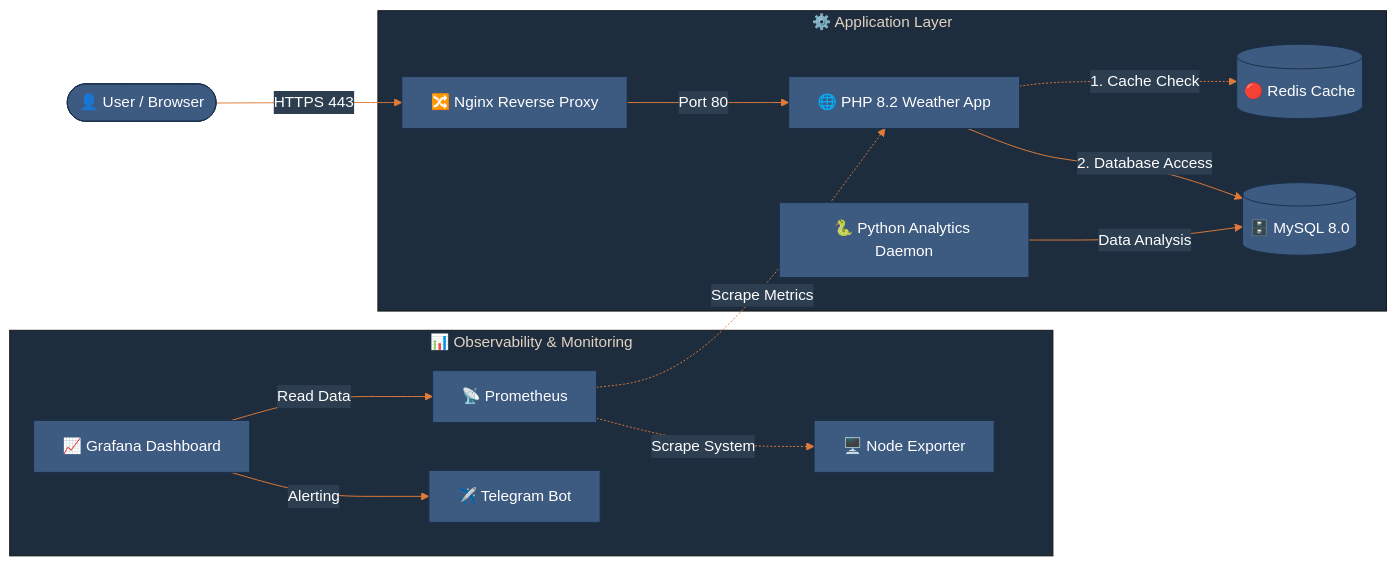
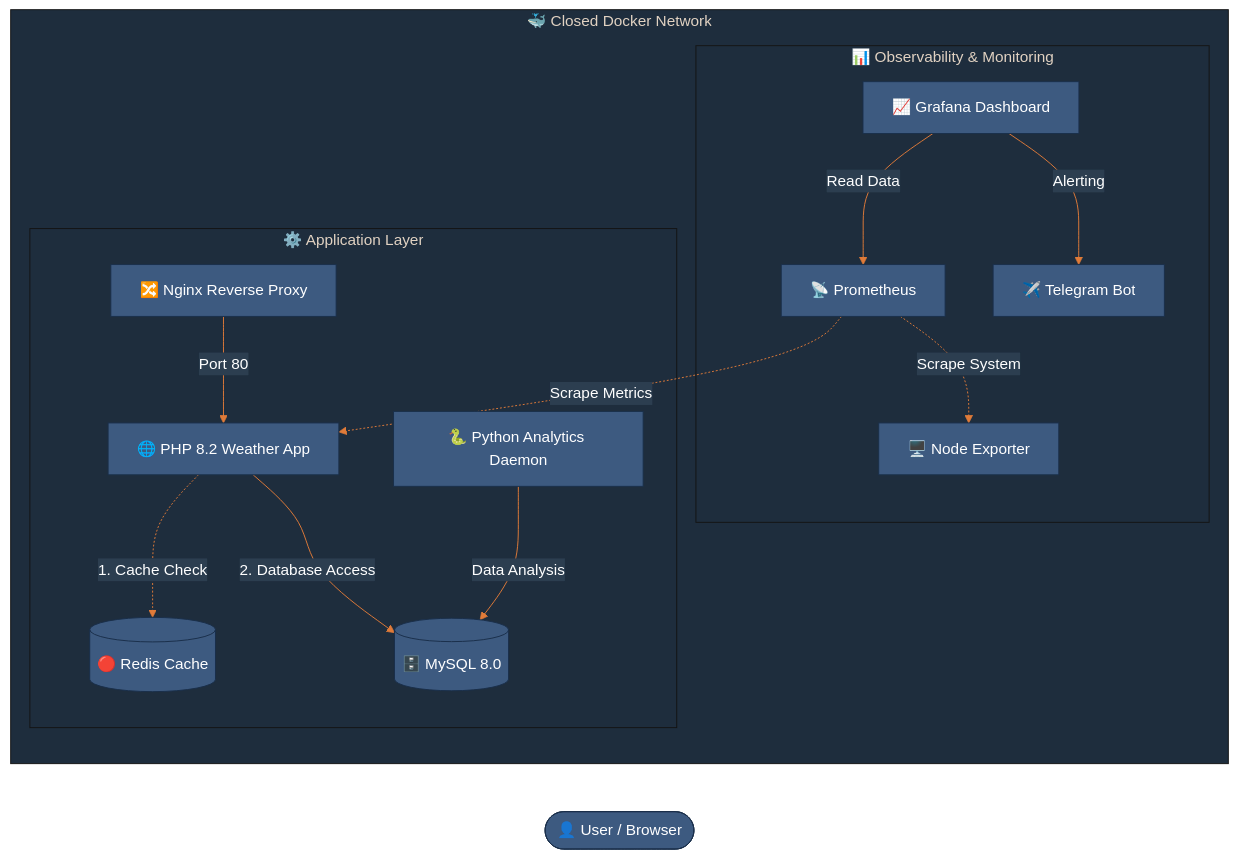
Before and after one commit to Ambrus1996/Vremenska-Prognoza: the diagram in README.md, drawn with Mermaid.

Commit message:
Fixing mermaid on README.md v2

````diff
--- a/README.md
+++ b/README.md
@@ -19,20 +19,24 @@
 ```mermaid
 %%{init: {'theme': 'base', 'themeVariables': {'primaryColor': '#3d5a80', 'primaryTextColor': '#ffffff', 'primaryBorderColor': '#1a2f4a', 'lineColor': '#e07b39', 'secondaryColor': '#2c3e50', 'tertiaryColor': '#1e2d3d'}}}%%
 graph LR
-    Client([👤 User / Browser]) -->|HTTPS 443| Nginx
+    Client([👤 User / Browser])
 
-    subgraph Monitoring["📊 Observability & Monitoring"]
-        Grafana[📈 Grafana Dashboard] -->|Read Data| Prometheus[📡 Prometheus]
-        Grafana -->|Alerting| Telegram[✈️ Telegram Bot]
-        Prometheus -.->|Scrape System| NodeExporter[🖥️ Node Exporter]
-    end
+    subgraph Docker["🐳 Closed Docker Network"]
 
-    subgraph App["⚙️ Application Layer"]
-        Nginx[🔀 Nginx Reverse Proxy] -->|Port 80| PHPApp[🌐 PHP 8.2 Weather App]
-        PHPApp -.->|1. Cache Check| Redis[(🔴 Redis Cache)]
-        PHPApp -->|2. Database Access| MySQL[(🗄️ MySQL 8.0)]
-        PythonWorker[🐍 Python Analytics Daemon] -->|Data Analysis| MySQL
+        subgraph Monitoring["📊 Observability & Monitoring"]
+            Grafana[📈 Grafana Dashboard] -->|Read Data| Prometheus[📡 Prometheus]
+            Grafana -->|Alerting| Telegram[✈️ Telegram Bot]
+            Prometheus -.->|Scrape System| NodeExporter[🖥️ Node Exporter]
+        end
+
+        subgraph App["⚙️ Application Layer"]
+            Nginx[🔀 Nginx Reverse Proxy] -->|Port 80| PHPApp[🌐 PHP 8.2 Weather App]
+            PHPApp -.->|1. Cache Check| Redis[(🔴 Redis Cache)]
+            PHPApp -->|2. Database Access| MySQL[(🗄️ MySQL 8.0)]
+            PythonWorker[🐍 Python Analytics Daemon] -->|Data Analysis| MySQL
+        end
+
     end
 
     Prometheus -.->|Scrape Metrics| PHPApp
 ```
````
